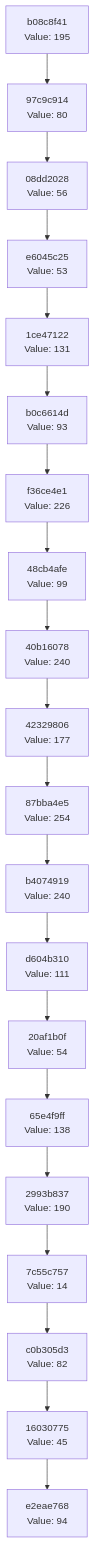
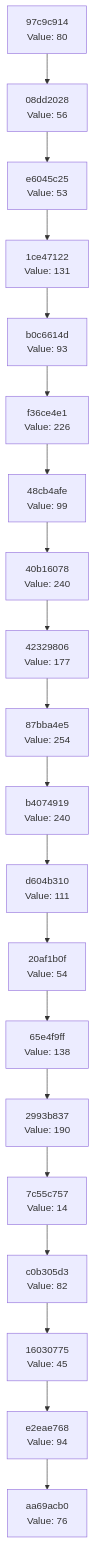
One commit to Abhisheksinha1506/hash-chain-evolver changed the diagram in docs/CHAIN_VISUALIZATION.md. Above: the diagram before and after it, drawn with Mermaid. The commit also changed 2 other files, not shown here.

Commit message:
Evolution Step

````diff
--- a/docs/CHAIN_VISUALIZATION.md
+++ b/docs/CHAIN_VISUALIZATION.md
@@ -3,42 +3,42 @@
 ```mermaid
 graph TD
-    C0["e2eae768<br/>Value: 94"]
-    C1["16030775<br/>Value: 45"]
+    C0["aa69acb0<br/>Value: 76"]
+    C1["e2eae768<br/>Value: 94"]
     C1 --> C0
-    C2["c0b305d3<br/>Value: 82"]
+    C2["16030775<br/>Value: 45"]
     C2 --> C1
-    C3["7c55c757<br/>Value: 14"]
+    C3["c0b305d3<br/>Value: 82"]
     C3 --> C2
-    C4["2993b837<br/>Value: 190"]
+    C4["7c55c757<br/>Value: 14"]
     C4 --> C3
-    C5["65e4f9ff<br/>Value: 138"]
+    C5["2993b837<br/>Value: 190"]
     C5 --> C4
-    C6["20af1b0f<br/>Value: 54"]
+    C6["65e4f9ff<br/>Value: 138"]
     C6 --> C5
-    C7["d604b310<br/>Value: 111"]
+    C7["20af1b0f<br/>Value: 54"]
     C7 --> C6
-    C8["b4074919<br/>Value: 240"]
+    C8["d604b310<br/>Value: 111"]
     C8 --> C7
-    C9["87bba4e5<br/>Value: 254"]
+    C9["b4074919<br/>Value: 240"]
     C9 --> C8
-    C10["42329806<br/>Value: 177"]
+    C10["87bba4e5<br/>Value: 254"]
     C10 --> C9
-    C11["40b16078<br/>Value: 240"]
+    C11["42329806<br/>Value: 177"]
     C11 --> C10
-    C12["48cb4afe<br/>Value: 99"]
+    C12["40b16078<br/>Value: 240"]
     C12 --> C11
-    C13["f36ce4e1<br/>Value: 226"]
+    C13["48cb4afe<br/>Value: 99"]
     C13 --> C12
-    C14["b0c6614d<br/>Value: 93"]
+    C14["f36ce4e1<br/>Value: 226"]
     C14 --> C13
-    C15["1ce47122<br/>Value: 131"]
+    C15["b0c6614d<br/>Value: 93"]
     C15 --> C14
-    C16["e6045c25<br/>Value: 53"]
+    C16["1ce47122<br/>Value: 131"]
     C16 --> C15
-    C17["08dd2028<br/>Value: 56"]
+    C17["e6045c25<br/>Value: 53"]
     C17 --> C16
-    C18["97c9c914<br/>Value: 80"]
+    C18["08dd2028<br/>Value: 56"]
     C18 --> C17
-    C19["b08c8f41<br/>Value: 195"]
+    C19["97c9c914<br/>Value: 80"]
     C19 --> C18
 ```
````
